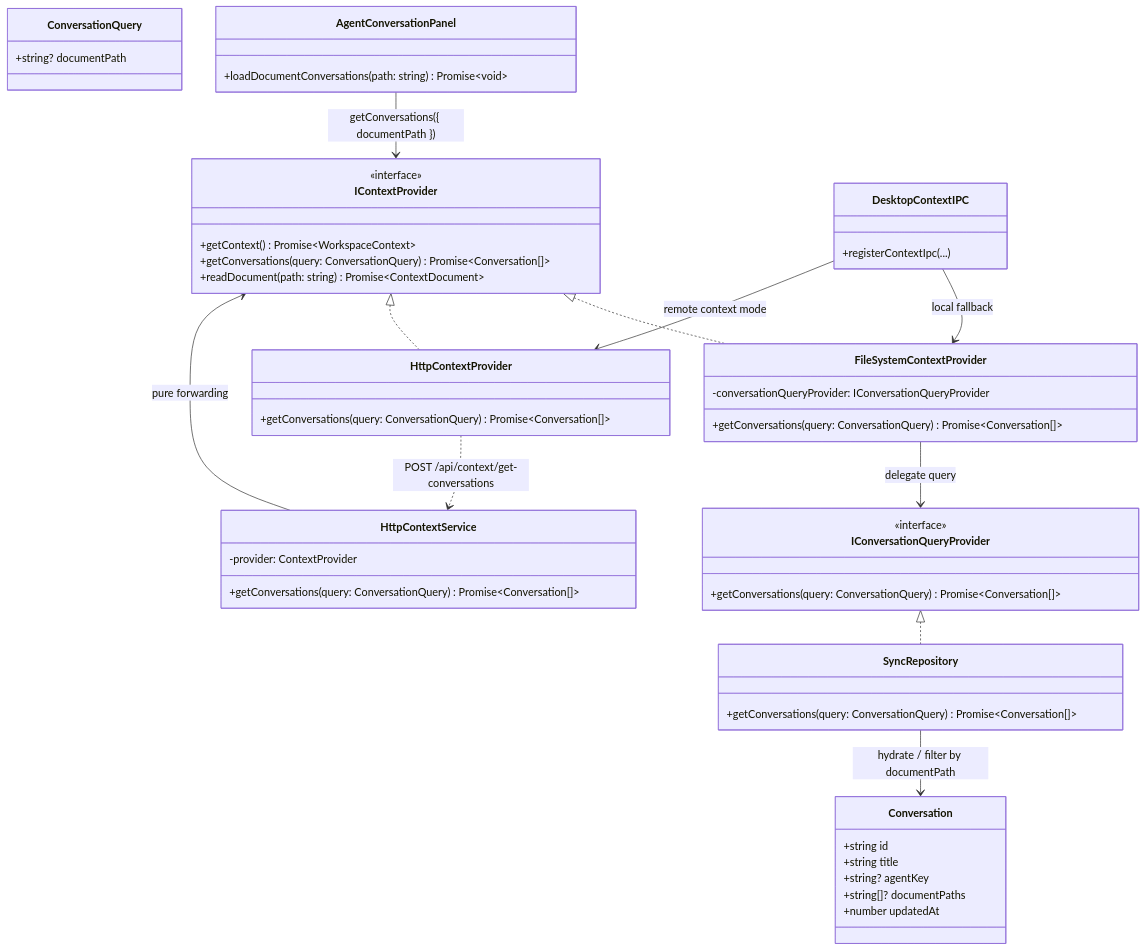
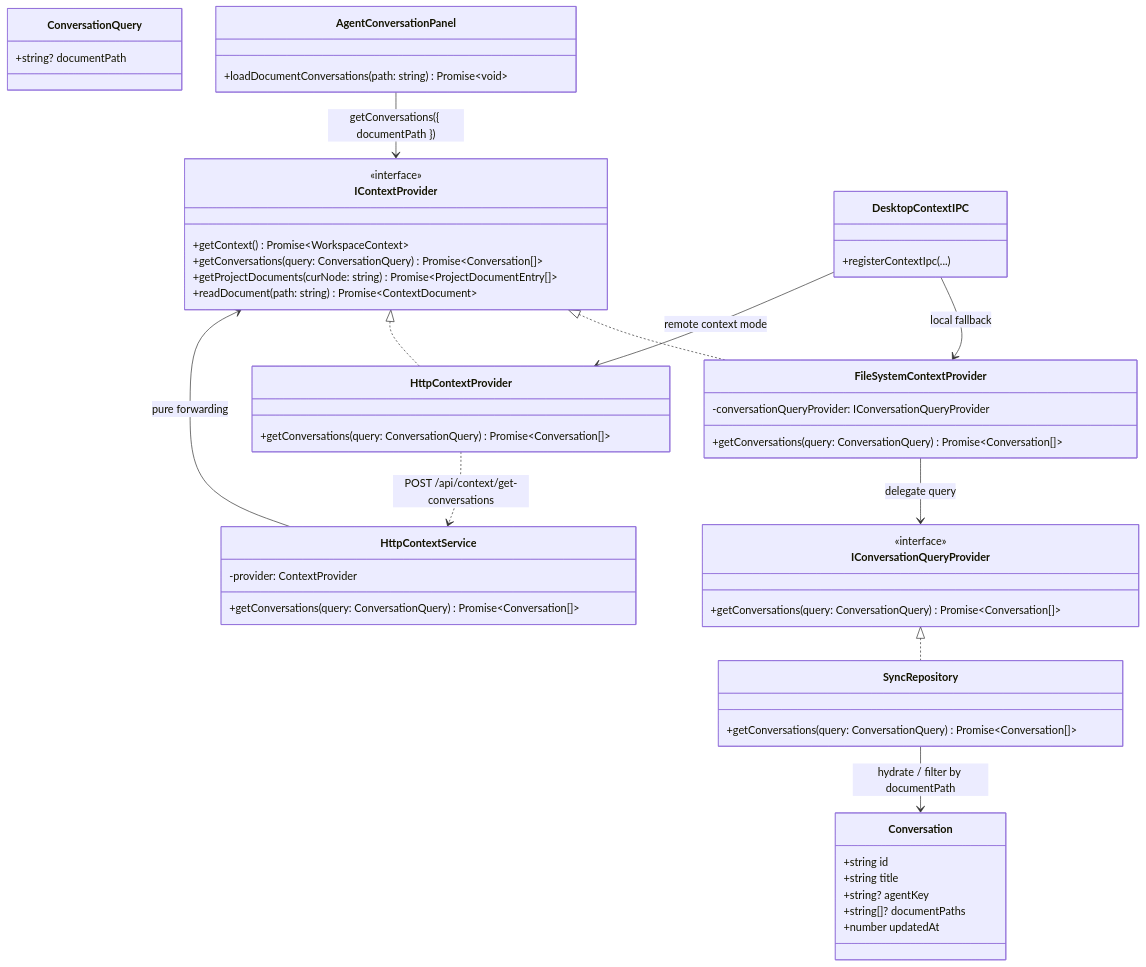
One commit to zhouquan2k/JARVIS changed the second of 2 diagrams in docs/context-provider.md. Above: the diagram before and after it, drawn with Mermaid. The commit also changed other lines of this file and 143 other files, not shown here.

````diff
--- a/docs/context-provider.md
+++ b/docs/context-provider.md
@@ -67,63 +70,64 @@
 ```mermaid
 classDiagram
     class Conversation {
       +string id
       +string title
       +string? agentKey
       +string[]? documentPaths
       +number updatedAt
     }
 
     class ConversationQuery {
       +string? documentPath
     }
 
     class IConversationQueryProvider {
       <<interface>>
       +getConversations(query: ConversationQuery) Promise~Conversation[]~
     }
 
     class IContextProvider {
       <<interface>>
       +getContext() Promise~WorkspaceContext~
       +getConversations(query: ConversationQuery) Promise~Conversation[]~
+      +getProjectDocuments(curNode: string) Promise~ProjectDocumentEntry[]~
       +readDocument(path: string) Promise~ContextDocument~
     }
 
     class FileSystemContextProvider {
       -conversationQueryProvider: IConversationQueryProvider
       +getConversations(query: ConversationQuery) Promise~Conversation[]~
     }
 
     class SyncRepository {
       +getConversations(query: ConversationQuery) Promise~Conversation[]~
     }
 
     class HttpContextService {
       -provider: ContextProvider
       +getConversations(query: ConversationQuery) Promise~Conversation[]~
     }
 
     class HttpContextProvider {
       +getConversations(query: ConversationQuery) Promise~Conversation[]~
     }
 
     class AgentConversationPanel {
       +loadDocumentConversations(path: string) Promise~void~
     }
 
     class DesktopContextIPC {
       +registerContextIpc(...)
     }
 
     IConversationQueryProvider <|.. SyncRepository
     IContextProvider <|.. FileSystemContextProvider
     IContextProvider <|.. HttpContextProvider
     FileSystemContextProvider --> IConversationQueryProvider : delegate query
     HttpContextService --> IContextProvider : pure forwarding
     HttpContextProvider ..> HttpContextService : POST /api/context/get-conversations
     AgentConversationPanel --> IContextProvider : getConversations({ documentPath })
     DesktopContextIPC --> FileSystemContextProvider : local fallback
     DesktopContextIPC --> HttpContextProvider : remote context mode
     SyncRepository --> Conversation : hydrate / filter by documentPath
 ```
````
